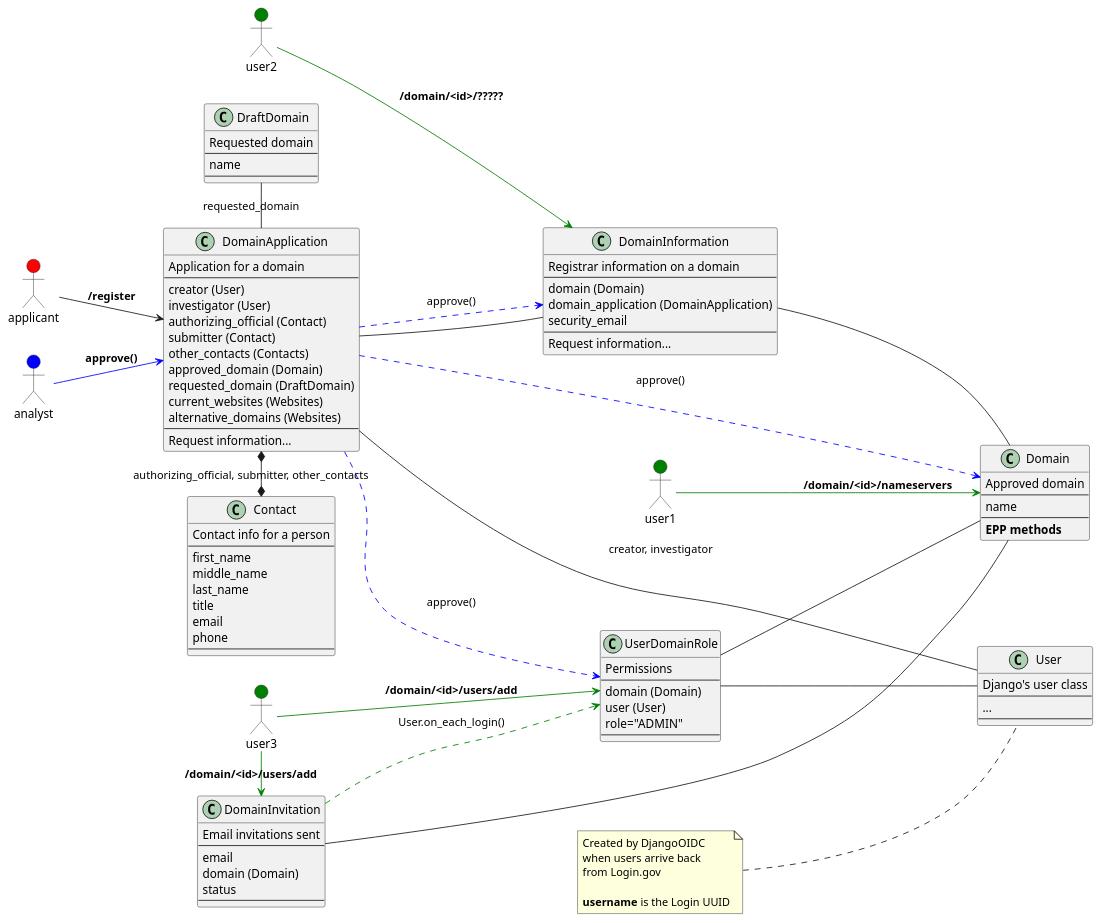
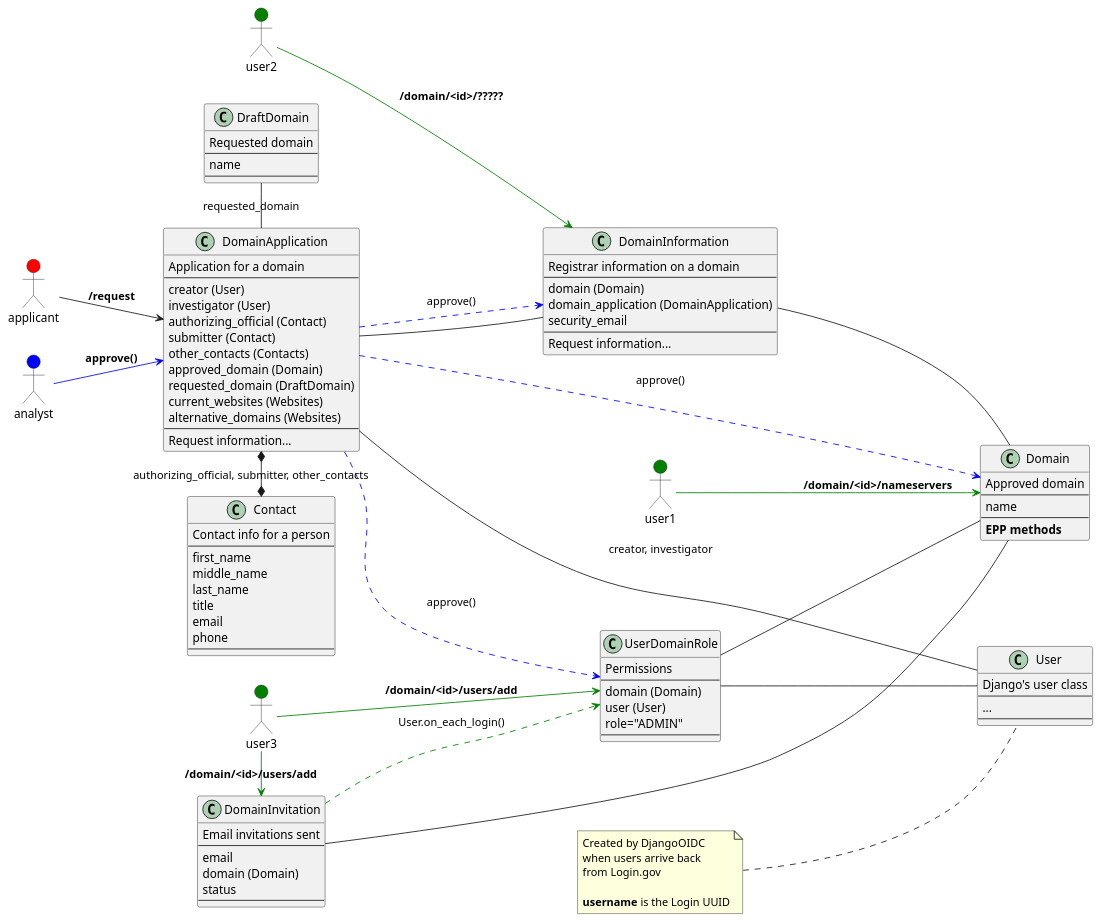
One commit to cisagov/manage.get.gov changed the diagram in docs/architecture/diagrams/model_timeline.md. Above: the diagram before and after it, drawn with PlantUML. The commit also changed other lines of this file, not shown here.

Commit message:
Update documentation with new url

```diff
--- a/docs/architecture/diagrams/model_timeline.md
+++ b/docs/architecture/diagrams/model_timeline.md
@@ -139,7 +139,7 @@
 DomainInvitation .[#green].> UserDomainRole : User.on_each_login()
 
 actor applicant #Red
-applicant -d-> DomainApplication : **/register**
+applicant -d-> DomainApplication : **/request**
 
 actor analyst #Blue
 analyst -[#blue]-> DomainApplication : **approve()**
```
